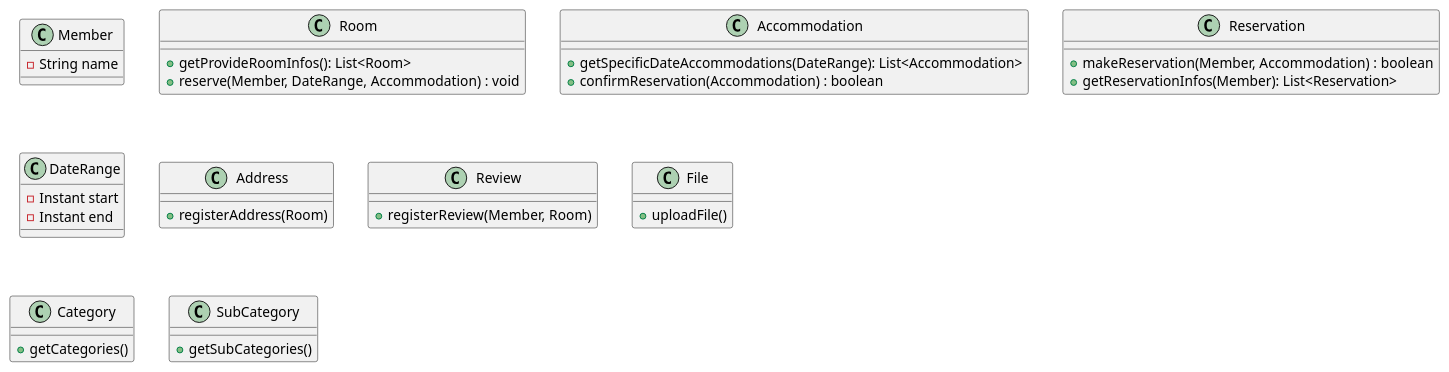
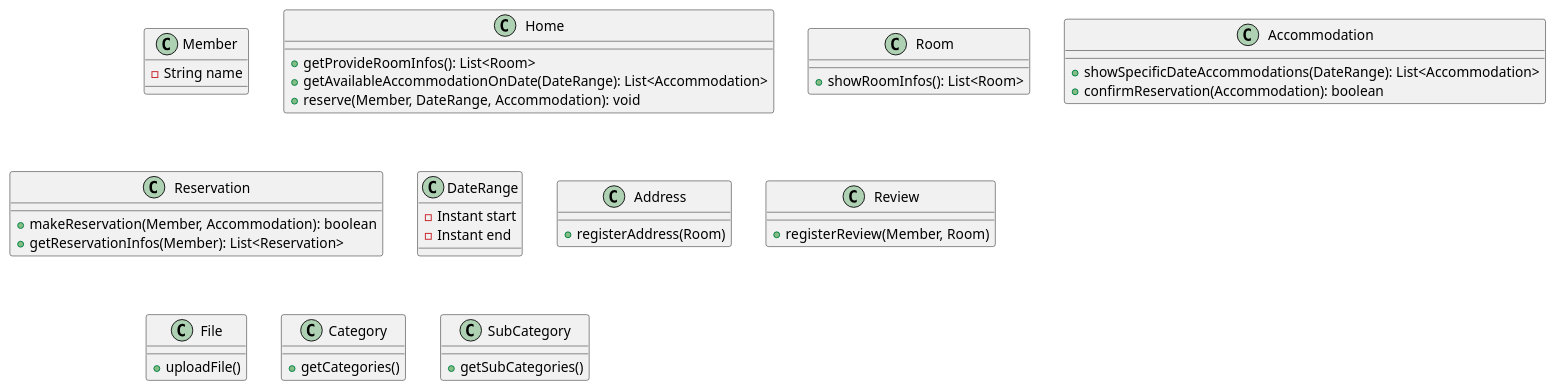
The diagram in class-diagram.puml (f-lab-edu/room-reservation-service), drawn with PlantUML before and after one commit.

Commit message:
feat: Home 클래스 추가 및 메서드 변경

```diff
--- a/class-diagram.puml
+++ b/class-diagram.puml
@@ -1,46 +1,51 @@
 @startuml
 class Member {
   -String name
 }
 
+class Home {
+  +getProvideRoomInfos(): List<Room>
+  +getAvailableAccommodationOnDate(DateRange): List<Accommodation>
+  +reserve(Member, DateRange, Accommodation): void
+}
+
 class Room {
-  +getProvideRoomInfos(): List<Room>
-  +reserve(Member, DateRange, Accommodation) : void
+  +showRoomInfos(): List<Room>
 }
 
 class Accommodation {
-  +getSpecificDateAccommodations(DateRange): List<Accommodation>
-  +confirmReservation(Accommodation) : boolean
+  +showSpecificDateAccommodations(DateRange): List<Accommodation>
+  +confirmReservation(Accommodation): boolean
 }
 
 class Reservation {
-  +makeReservation(Member, Accommodation) : boolean
+  +makeReservation(Member, Accommodation): boolean
   +getReservationInfos(Member): List<Reservation>
 }
 
 class DateRange {
   -Instant start
   -Instant end
 }
 
 class Address {
   +registerAddress(Room)
 }
 
 class Review {
   +registerReview(Member, Room)
 }
 
 class File {
   +uploadFile()
 }
 
 class Category {
   +getCategories()
 }
 
 class SubCategory {
   +getSubCategories()
 }
 
 @enduml
```
